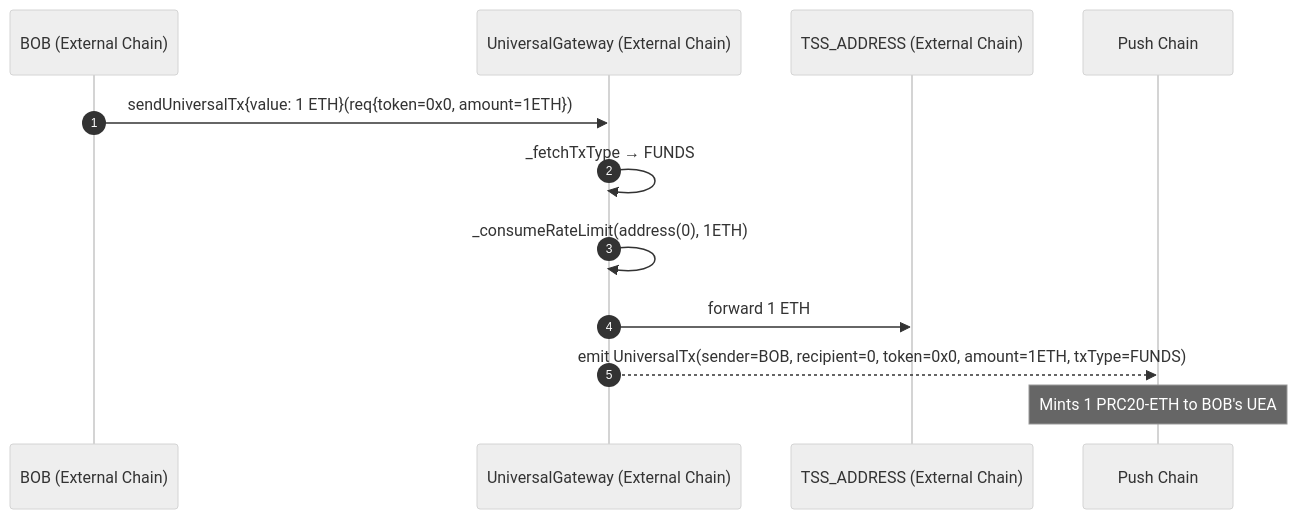
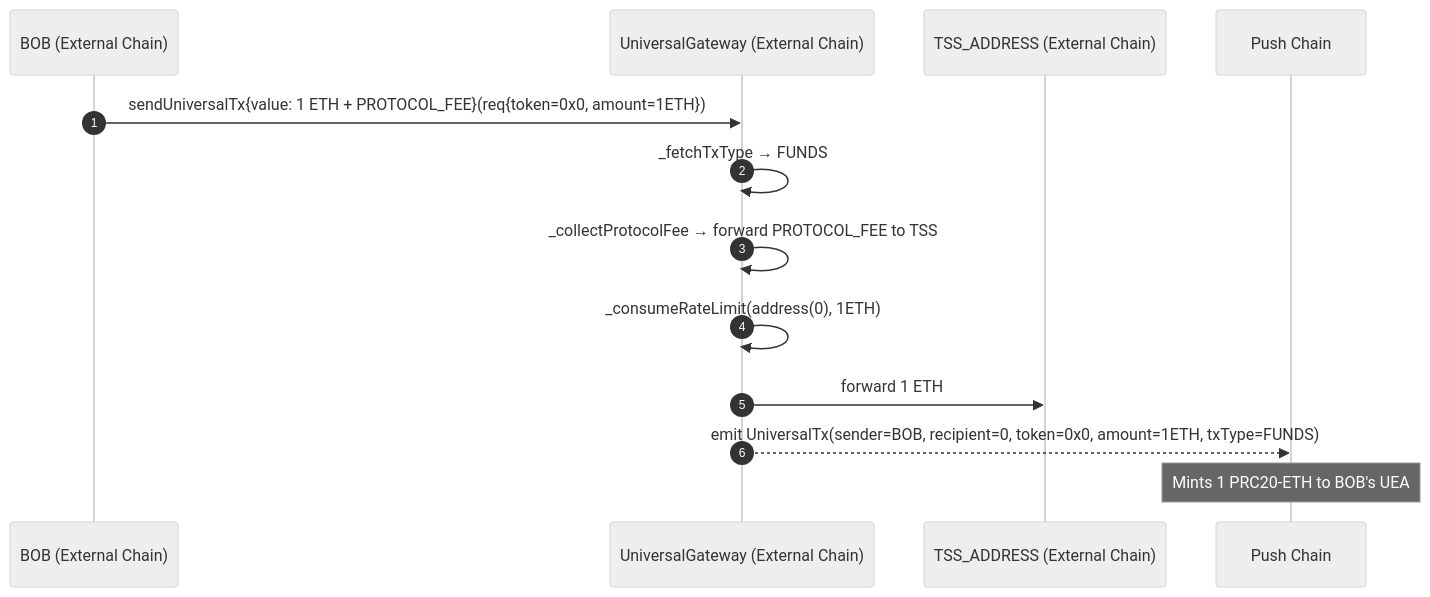
Before and after one commit to pushchain/push-chain-gateway-contracts: the third of 11 diagrams in contracts/evm-gateway/docs/5_InboundTx_Flows.md, drawn with Mermaid (neutral theme). The commit also changed other lines of this file, not shown here.

````diff
--- a/contracts/evm-gateway/docs/5_InboundTx_Flows.md
+++ b/contracts/evm-gateway/docs/5_InboundTx_Flows.md
@@ -273,15 +301,16 @@
 ```mermaid
 sequenceDiagram
     autonumber
     participant BOB as BOB (External Chain)
     participant GW as UniversalGateway (External Chain)
     participant TSS as TSS_ADDRESS (External Chain)
     participant PC as Push Chain
 
-    BOB->>GW: sendUniversalTx{value: 1 ETH}(req{token=0x0, amount=1ETH})
+    BOB->>GW: sendUniversalTx{value: 1 ETH + PROTOCOL_FEE}(req{token=0x0, amount=1ETH})
     GW->>GW: _fetchTxType → FUNDS
+    GW->>GW: _collectProtocolFee → forward PROTOCOL_FEE to TSS
     GW->>GW: _consumeRateLimit(address(0), 1ETH)
     GW->>TSS: forward 1 ETH
     GW-->>PC: emit UniversalTx(sender=BOB, recipient=0, token=0x0, amount=1ETH, txType=FUNDS)
     Note over PC: Mints 1 PRC20-ETH to BOB's UEA
 ```
````
